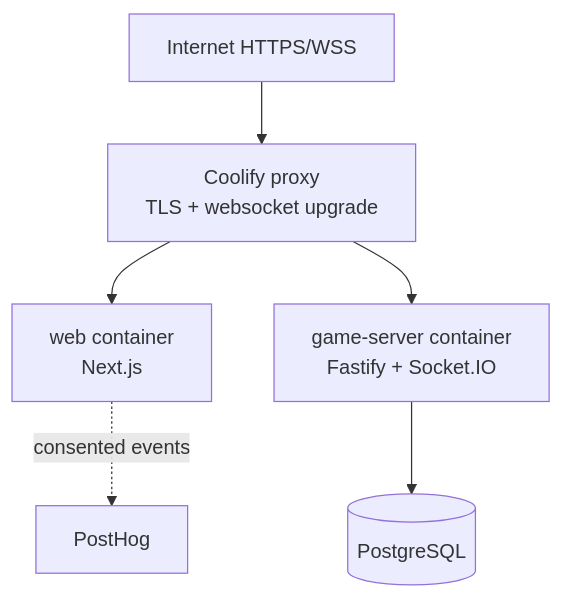
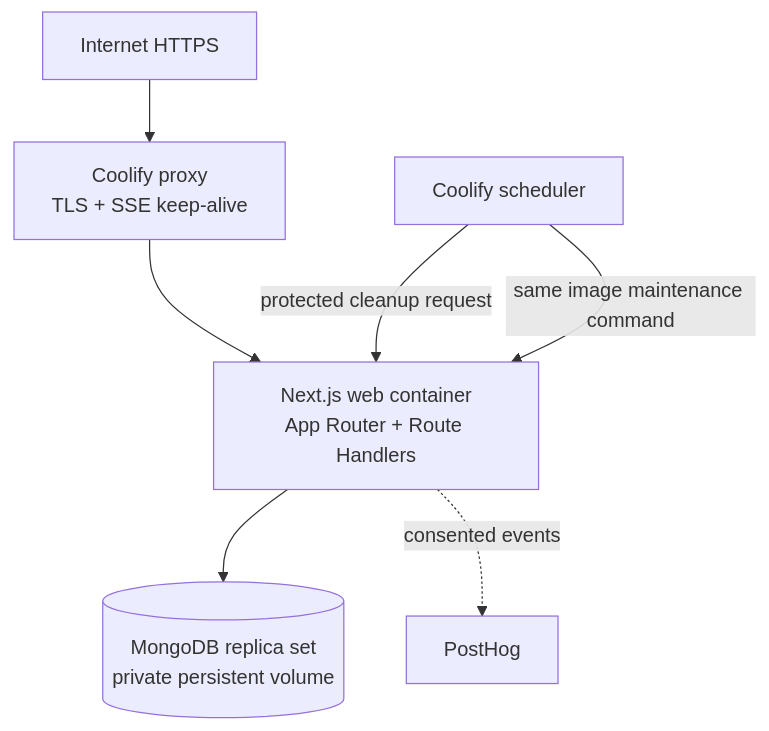
One commit to harryt04/blockparty changed the second of 2 diagrams in docs/engineering/architecture.md. Above: the diagram before and after it, drawn with Mermaid. The commit also changed other lines of this file and 9 other files, not shown here.

Commit message:
updated docs to preferred architecture

````diff
--- a/docs/engineering/architecture.md
+++ b/docs/engineering/architecture.md
@@ -75,8 +157,9 @@
 ```mermaid
 flowchart TB
-  I[Internet HTTPS/WSS] --> P[Coolify proxy\nTLS + websocket upgrade]
-  P --> W[web container\nNext.js]
-  P --> S[game-server container\nFastify + Socket.IO]
-  S --> D[(PostgreSQL)]
-  W -. consented events .-> PH[PostHog]
+  I[Internet HTTPS] --> P[Coolify proxy\nTLS + SSE keep-alive]
+  P --> A[Next.js web container\nApp Router + Route Handlers]
+  A --> M[(MongoDB replica set\nprivate persistent volume)]
+  A -. consented events .-> PH[PostHog]
+  S[Coolify scheduler] -->|protected cleanup request| A
+  S -->|same image maintenance command| A
 ```
````
